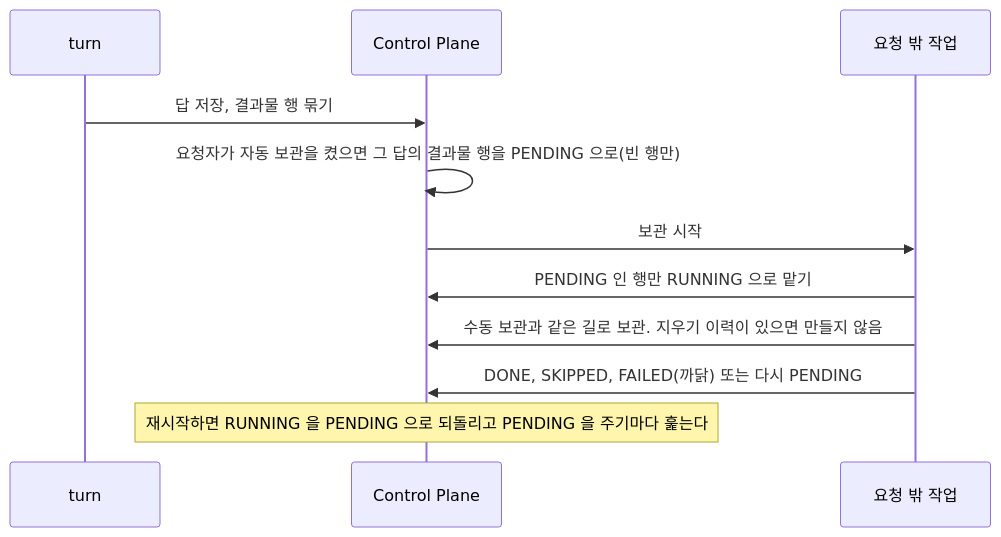
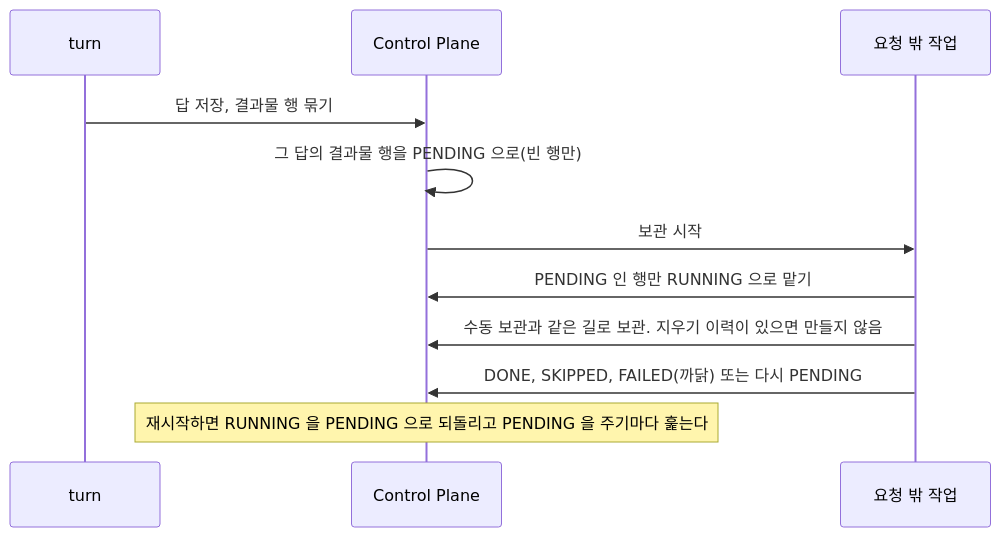
The fourth of 4 diagrams in docs/features/workspace.md (jon890/fos-assistant), drawn with Mermaid before and after one commit. The commit also changed other lines of this file and 31 other files, not shown here.

````diff
--- a/docs/features/workspace.md
+++ b/docs/features/workspace.md
@@ -191,13 +199,13 @@
 ```mermaid
 sequenceDiagram
     participant T as turn
     participant C as Control Plane
     participant B as 요청 밖 작업
     T->>C: 답 저장, 결과물 행 묶기
-    C->>C: 요청자가 자동 보관을 켰으면 그 답의 결과물 행을 PENDING 으로(빈 행만)
+    C->>C: 그 답의 결과물 행을 PENDING 으로(빈 행만)
     C->>B: 보관 시작
     B->>C: PENDING 인 행만 RUNNING 으로 맡기
     B->>C: 수동 보관과 같은 길로 보관. 지우기 이력이 있으면 만들지 않음
     B->>C: DONE, SKIPPED, FAILED(까닭) 또는 다시 PENDING
     Note over C: 재시작하면 RUNNING 을 PENDING 으로 되돌리고 PENDING 을 주기마다 훑는다
 ```
````
